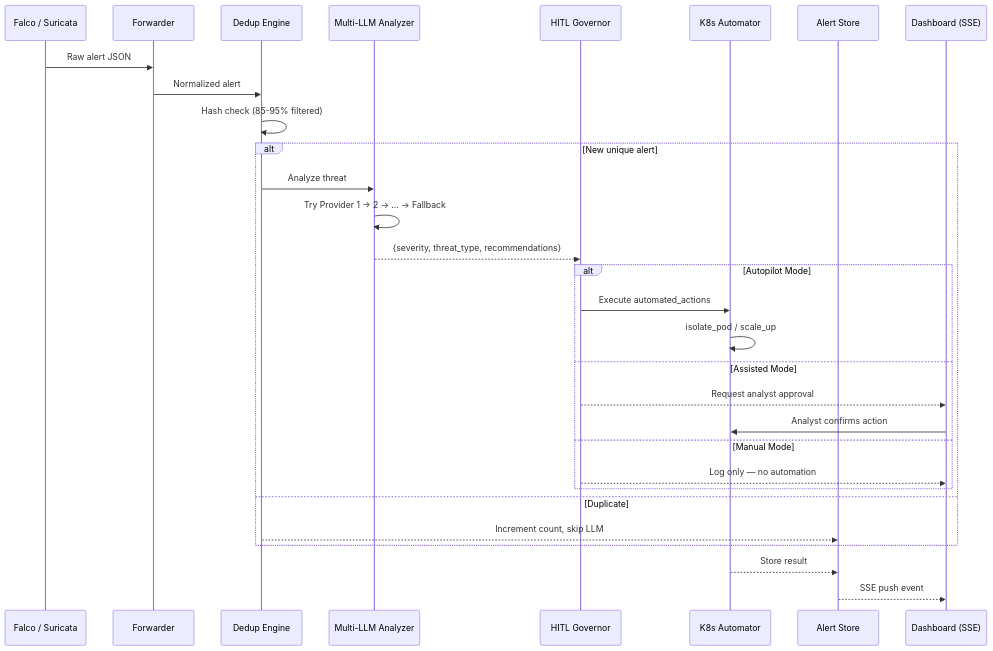
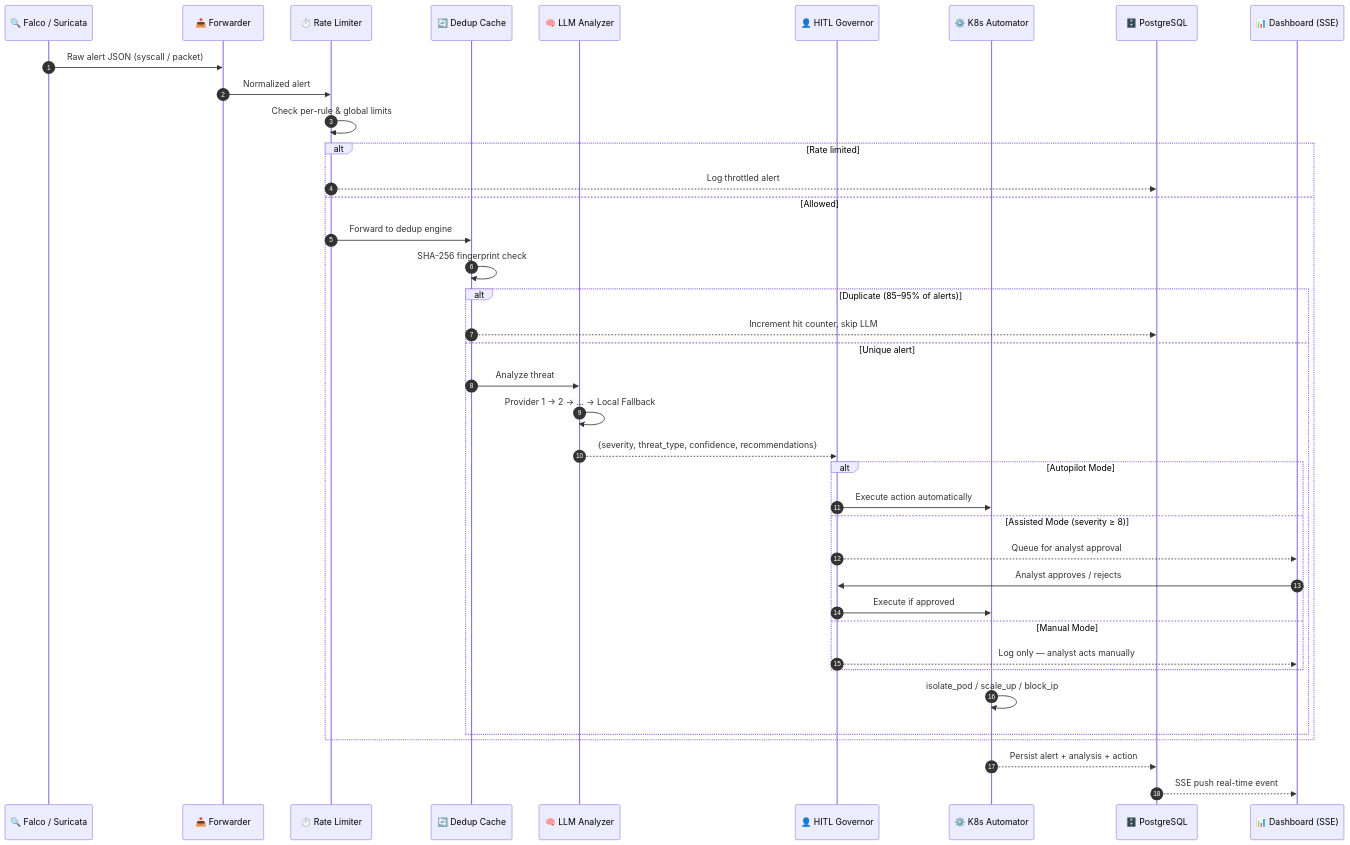
Before and after one commit to Alqaly/smart-city-ids: the second of 20 diagrams in docs/CAPSTONE_FIGURES.md, drawn with Mermaid. The commit also changed other lines of this file, not shown here.

First line of the commit message:
Improve figures file: exact placement labels + enhanced diagrams

````diff
--- a/docs/CAPSTONE_FIGURES.md
+++ b/docs/CAPSTONE_FIGURES.md
@@ -93,33 +114,46 @@
 ```mermaid
 sequenceDiagram
-    participant F as Falco / Suricata
-    participant FW as Forwarder
-    participant DD as Dedup Engine
-    participant LLM as Multi-LLM Analyzer
-    participant HITL as HITL Governor
-    participant K8s as K8s Automator
-    participant DB as Alert Store
-    participant UI as Dashboard (SSE)
+    autonumber
+    participant F as 🔍 Falco / Suricata
+    participant FW as 📥 Forwarder
+    participant RL as ⏱️ Rate Limiter
+    participant DD as 🔄 Dedup Cache
+    participant LLM as 🧠 LLM Analyzer
+    participant GOV as 👤 HITL Governor
+    participant K8S as ⚙️ K8s Automator
+    participant DB as 🗄️ PostgreSQL
+    participant UI as 📊 Dashboard (SSE)
 
-    F->>FW: Raw alert JSON
-    FW->>DD: Normalized alert
-    DD->>DD: Hash check (85-95% filtered)
-    alt New unique alert
-        DD->>LLM: Analyze threat
-        LLM->>LLM: Try Provider 1 → 2 → … → Fallback
-        LLM-->>HITL: {severity, threat_type, recommendations}
-        alt Autopilot Mode
-            HITL->>K8s: Execute automated_actions
-            K8s->>K8s: isolate_pod / scale_up
-        else Assisted Mode
-            HITL-->>UI: Request analyst approval
-            UI->>K8s: Analyst confirms action
-        else Manual Mode
-            HITL-->>UI: Log only — no automation
+    F->>FW: Raw alert JSON (syscall / packet)
+    FW->>RL: Normalized alert
+    RL->>RL: Check per-rule & global limits
+
+    alt Rate limited
+        RL-->>DB: Log throttled alert
+    else Allowed
+        RL->>DD: Forward to dedup engine
+        DD->>DD: SHA-256 fingerprint check
+        alt Duplicate (85–95% of alerts)
+            DD-->>DB: Increment hit counter, skip LLM
+        else Unique alert
+            DD->>LLM: Analyze threat
+            LLM->>LLM: Provider 1 → 2 → … → Local Fallback
+            LLM-->>GOV: {severity, threat_type, confidence, recommendations}
+
+            alt Autopilot Mode
+                GOV->>K8S: Execute action automatically
+            else Assisted Mode (severity ≥ 8)
+                GOV-->>UI: Queue for analyst approval
+                UI->>GOV: Analyst approves / rejects
+                GOV->>K8S: Execute if approved
+            else Manual Mode
+                GOV-->>UI: Log only — analyst acts manually
+            end
+
+            K8S->>K8S: isolate_pod / scale_up / block_ip
         end
-    else Duplicate
-        DD-->>DB: Increment count, skip LLM
     end
-    K8s-->>DB: Store result
-    DB-->>UI: SSE push event
+
+    K8S-->>DB: Persist alert + analysis + action
+    DB-->>UI: SSE push real-time event
 ```
````
